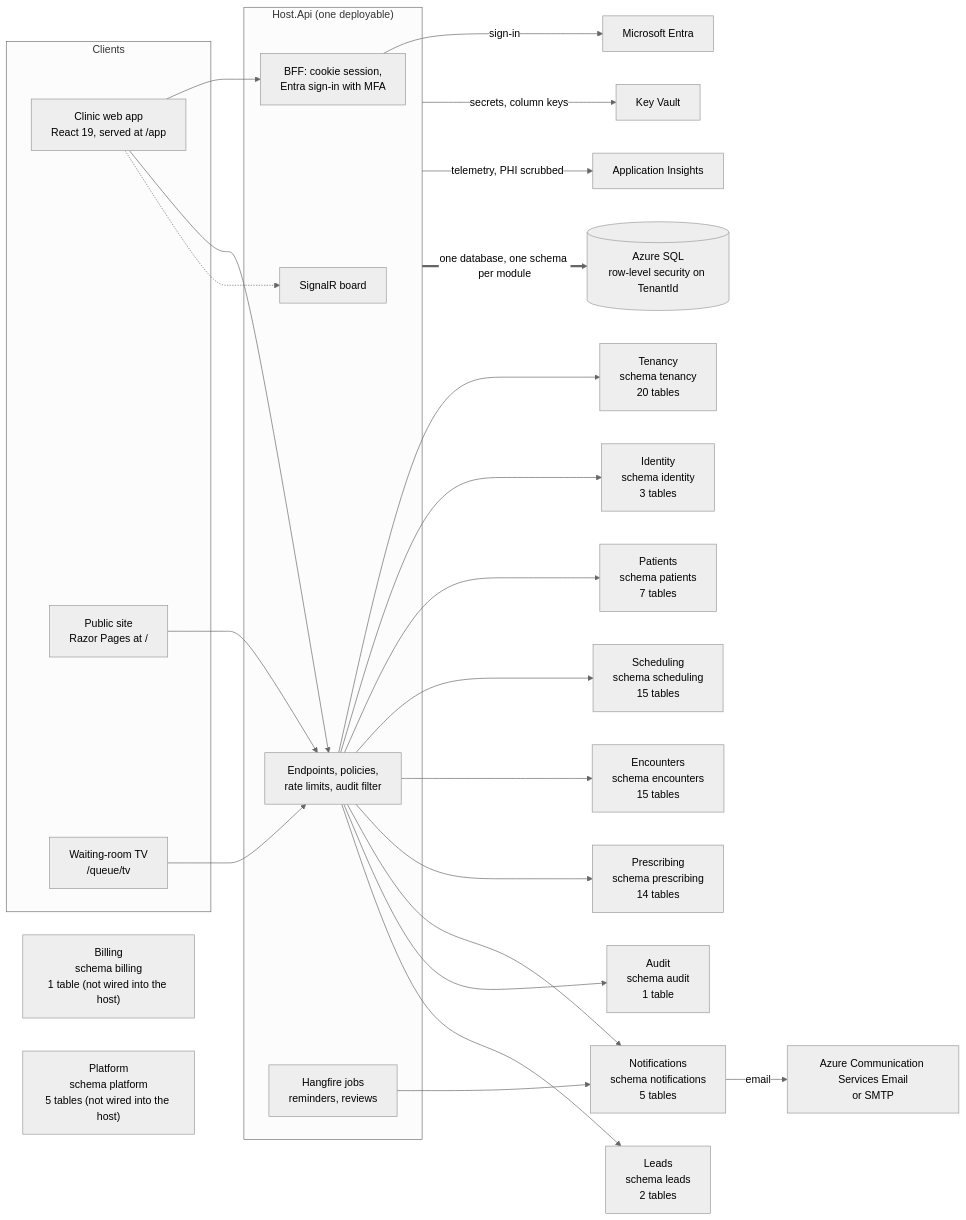
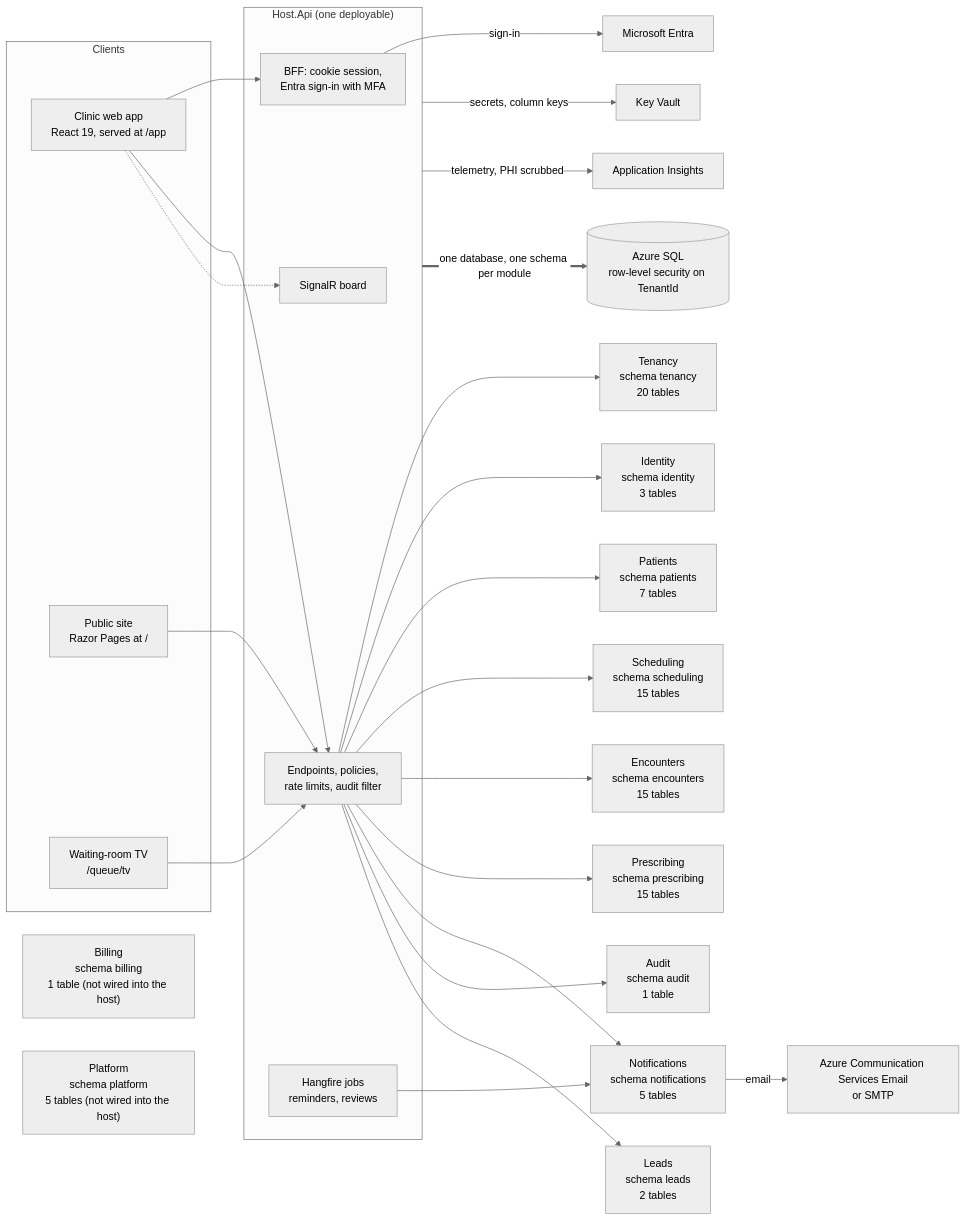
The first of 14 diagrams in docs/03-architecture/erd.md (ALFRED-LUCIFER/medvya), drawn with Mermaid (neutral theme) before and after one commit. The commit also changed other lines of this file and 45 other files, not shown here.

````diff
--- a/docs/03-architecture/erd.md
+++ b/docs/03-architecture/erd.md
@@ -15,36 +15,36 @@
 ```mermaid
 flowchart LR
   subgraph Clients
     web["Clinic web app<br/>React 19, served at /app"]
     site["Public site<br/>Razor Pages at /"]
     tv["Waiting-room TV<br/>/queue/tv"]
   end
   subgraph Host["Host.Api (one deployable)"]
     bff["BFF: cookie session,<br/>Entra sign-in with MFA"]
     api["Endpoints, policies,<br/>rate limits, audit filter"]
     hub["SignalR board"]
     jobs["Hangfire jobs<br/>reminders, reviews"]
   end
   web --> bff
   web --> api
   web -.-> hub
   tv --> api
   site --> api
   api --> Tenancy["Tenancy<br/>schema tenancy<br/>20 tables"]
   api --> Identity["Identity<br/>schema identity<br/>3 tables"]
   api --> Patients["Patients<br/>schema patients<br/>7 tables"]
   api --> Scheduling["Scheduling<br/>schema scheduling<br/>15 tables"]
   api --> Encounters["Encounters<br/>schema encounters<br/>15 tables"]
-  api --> Prescribing["Prescribing<br/>schema prescribing<br/>14 tables"]
+  api --> Prescribing["Prescribing<br/>schema prescribing<br/>15 tables"]
   api --> Notifications["Notifications<br/>schema notifications<br/>5 tables"]
   api --> Audit["Audit<br/>schema audit<br/>1 table"]
   api --> Leads["Leads<br/>schema leads<br/>2 tables"]
   Billing["Billing<br/>schema billing<br/>1 table (not wired into the host)"]
   Platform["Platform<br/>schema platform<br/>5 tables (not wired into the host)"]
   jobs --> Notifications
   bff -->|"sign-in"| entra["Microsoft Entra"]
   Notifications -->|"email"| mail["Azure Communication Services Email<br/>or SMTP"]
   Host -->|"secrets, column keys"| kv["Key Vault"]
   Host -->|"telemetry, PHI scrubbed"| ai["Application Insights"]
   Host ==>|"one database, one schema per module"| sql[("Azure SQL<br/>row-level security on TenantId")]
 ```
````
